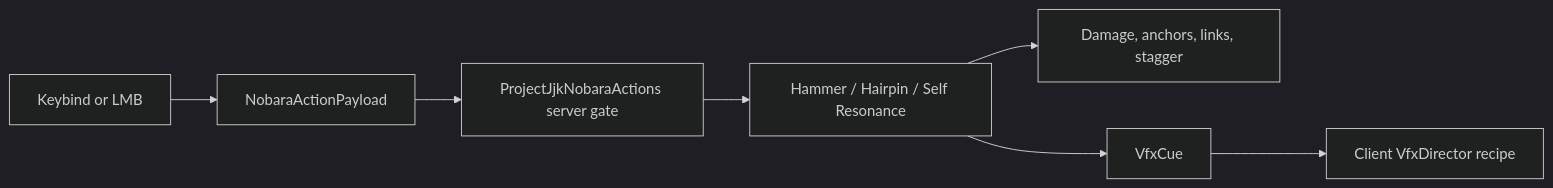
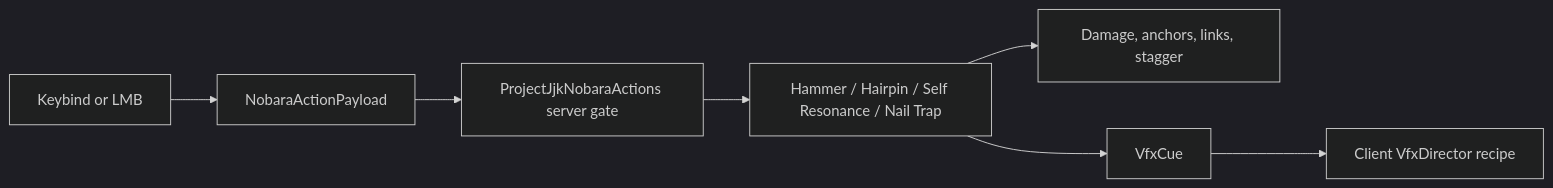
The diagram in Jujutsu Kaizen/jujutsumod-codebase-codex/03-systems/Nobara-runtime-flow.md (grebeshok105/jujutsu-minecraft), drawn with Mermaid (dark theme) before and after one commit. The commit also changed other lines of this file and 9 other files, not shown here.

````diff
--- a/Jujutsu Kaizen/jujutsumod-codebase-codex/03-systems/Nobara-runtime-flow.md
+++ b/Jujutsu Kaizen/jujutsumod-codebase-codex/03-systems/Nobara-runtime-flow.md
@@ -11,9 +11,9 @@
 ```mermaid
 flowchart LR
   C[Keybind or LMB] --> P[NobaraActionPayload]
   P --> S[ProjectJjkNobaraActions server gate]
-  S --> H[Hammer / Hairpin / Self Resonance]
+  S --> H[Hammer / Hairpin / Self Resonance / Nail Trap]
   H --> G[Damage, anchors, links, stagger]
   H --> V[VfxCue]
   V --> D[Client VfxDirector recipe]
 ```
````
